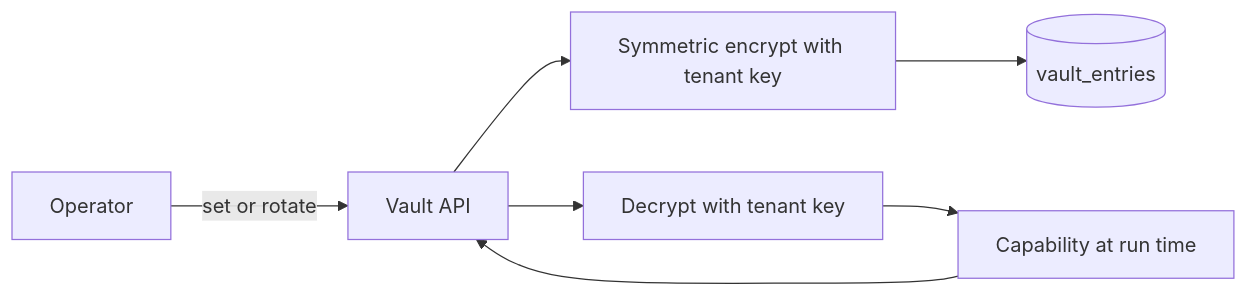
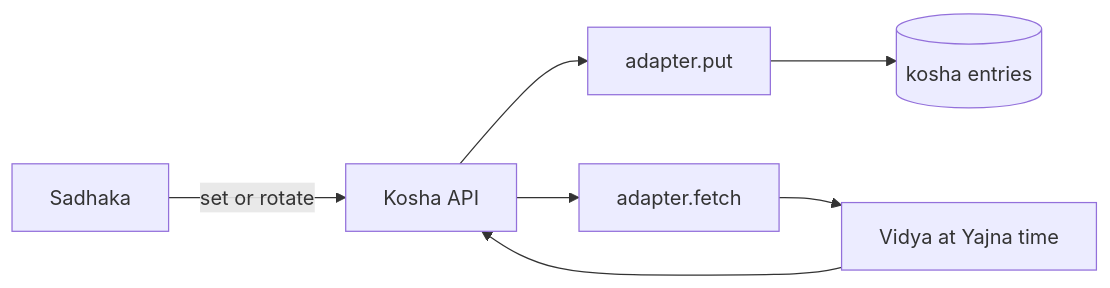
The fifth of 5 diagrams in documentation/src/03-Backend-Architecture.md (so-weak/Aakaar), drawn with Mermaid before and after one commit. The commit also changed other lines of this file and 56 other files, not shown here.

````diff
--- a/documentation/src/03-Backend-Architecture.md
+++ b/documentation/src/03-Backend-Architecture.md
@@ -204,9 +207,9 @@
 ```mermaid
 flowchart LR
-  OP["Operator"] -->|"set or rotate"| API["Vault API"]
-  API --> ENC["Symmetric encrypt with tenant key"]
-  ENC --> DB[("vault_entries")]
-  CAP["Capability at run time"] --> API
-  API --> DEC["Decrypt with tenant key"]
-  DEC --> CAP
+  OP["Sadhaka"] -->|"set or rotate"| API["Kosha API"]
+  API --> WR["adapter.put"]
+  WR --> DB[("kosha entries")]
+  CAP["Vidya at Yajna time"] --> API
+  API --> RD["adapter.fetch"]
+  RD --> CAP
 ```
````
